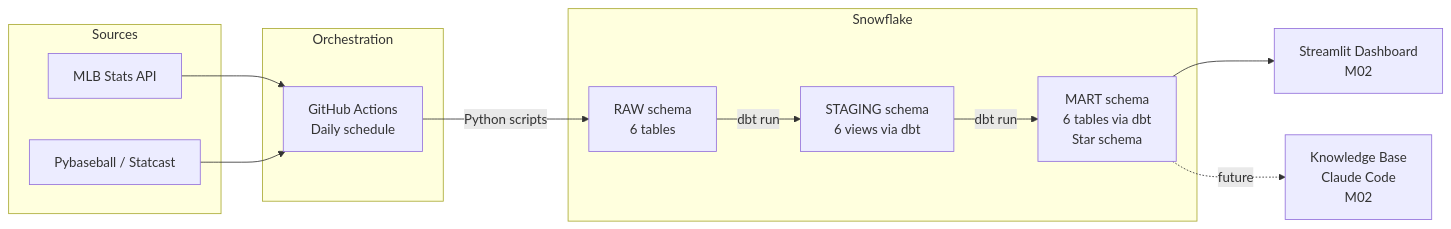
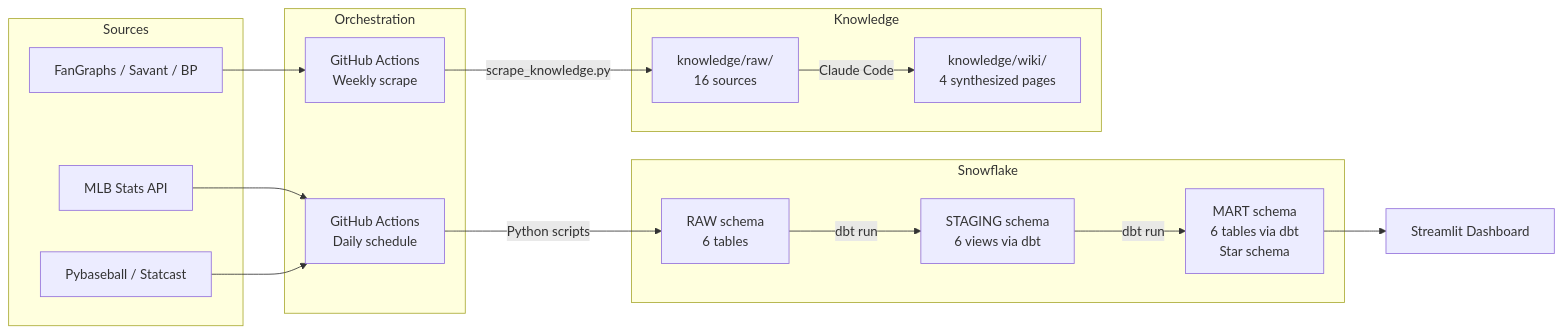
The first of 2 diagrams in README.md (ajschoolcraft/baseball-ops-analyst-mlb), drawn with Mermaid before and after one commit. The commit also changed other lines of this file, not shown here.

Commit message:
Rewrite README with ERD, pipeline diagram, knowledge base docs, and setup guide

````diff
--- a/README.md
+++ b/README.md
@@ -9,28 +29,37 @@
 ```mermaid
 flowchart LR
     subgraph Sources
         A[MLB Stats API]
         B[Pybaseball / Statcast]
+        C[FanGraphs / Savant / BP]
     end
 
     subgraph Orchestration
-        C[GitHub Actions<br/>Daily schedule]
+        D[GitHub Actions<br/>Daily schedule]
+        E[GitHub Actions<br/>Weekly scrape]
     end
 
     subgraph Snowflake
-        D[RAW schema<br/>6 tables]
-        E[STAGING schema<br/>6 views via dbt]
-        F[MART schema<br/>6 tables via dbt<br/>Star schema]
+        F[RAW schema<br/>6 tables]
+        G[STAGING schema<br/>6 views via dbt]
+        H[MART schema<br/>6 tables via dbt<br/>Star schema]
     end
 
-    G[Streamlit Dashboard<br/>M02]
-    H[Knowledge Base<br/>Claude Code<br/>M02]
+    I[Streamlit Dashboard]
 
-    A --> C
-    B --> C
-    C -->|Python scripts| D
-    D -->|dbt run| E
-    E -->|dbt run| F
-    F --> G
-    F -.->|future| H
+    subgraph Knowledge
+        J[knowledge/raw/<br/>16 sources]
+        K[knowledge/wiki/<br/>4 synthesized pages]
+    end
+
+    A --> D
+    B --> D
+    D -->|Python scripts| F
+    F -->|dbt run| G
+    G -->|dbt run| H
+    H --> I
+
+    C --> E
+    E -->|scrape_knowledge.py| J
+    J -->|Claude Code| K
 ```
````
